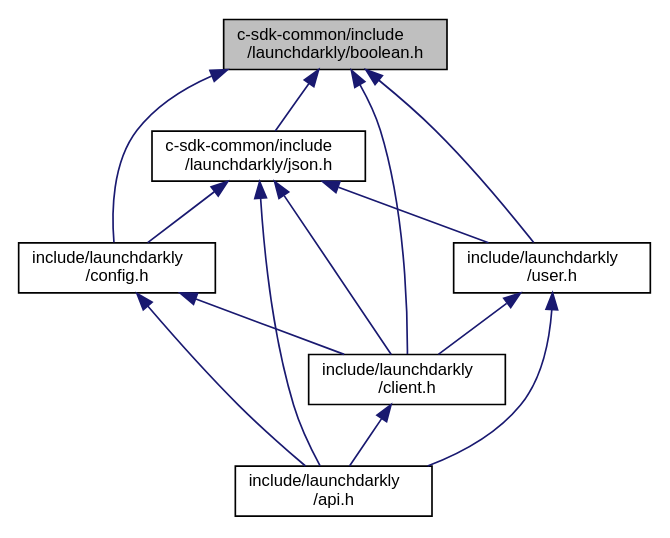
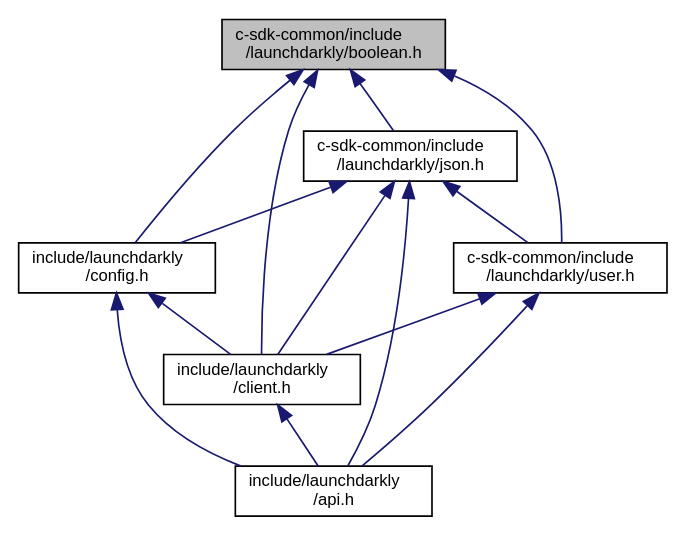
One commit to launchdarkly/c-client-sdk changed the diagram in boolean_8h__dep__incl.dot. Above: the diagram before and after it, drawn with Graphviz. The commit also changed 59 other files, not shown here.

```diff
--- a/boolean_8h__dep__incl.dot
+++ b/boolean_8h__dep__incl.dot
@@ -1,24 +1,24 @@
 digraph "c-sdk-common/include/launchdarkly/boolean.h"
 {
   edge [fontname="Helvetica",fontsize="10",labelfontname="Helvetica",labelfontsize="10"];
   node [fontname="Helvetica",fontsize="10",shape=record];
   Node1 [label="c-sdk-common/include\l/launchdarkly/boolean.h",height=0.2,width=0.4,color="black", fillcolor="grey75", style="filled", fontcolor="black"];
   Node1 -> Node2 [dir="back",color="midnightblue",fontsize="10",style="solid",fontname="Helvetica"];
-  Node2 [label="c-sdk-common/include\l/launchdarkly/json.h",height=0.2,width=0.4,color="black", fillcolor="white", style="filled",URL="$json_8h.html",tooltip="Public API Interface for JSON usage. "];
+  Node2 [label="include/launchdarkly\l/client.h",height=0.2,width=0.4,color="black", fillcolor="white", style="filled",URL="$client_8h.html",tooltip="Public Client control and variations. "];
   Node2 -> Node3 [dir="back",color="midnightblue",fontsize="10",style="solid",fontname="Helvetica"];
   Node3 [label="include/launchdarkly\l/api.h",height=0.2,width=0.4,color="black", fillcolor="white", style="filled",URL="$api_8h.html",tooltip="Public API. Include this for every public operation. "];
-  Node2 -> Node4 [dir="back",color="midnightblue",fontsize="10",style="solid",fontname="Helvetica"];
+  Node1 -> Node4 [dir="back",color="midnightblue",fontsize="10",style="solid",fontname="Helvetica"];
   Node4 [label="include/launchdarkly\l/config.h",height=0.2,width=0.4,color="black", fillcolor="white", style="filled",URL="$config_8h.html",tooltip="Public API Interface for Configuration. "];
+  Node4 -> Node2 [dir="back",color="midnightblue",fontsize="10",style="solid",fontname="Helvetica"];
   Node4 -> Node3 [dir="back",color="midnightblue",fontsize="10",style="solid",fontname="Helvetica"];
-  Node4 -> Node5 [dir="back",color="midnightblue",fontsize="10",style="solid",fontname="Helvetica"];
-  Node5 [label="include/launchdarkly\l/client.h",height=0.2,width=0.4,color="black", fillcolor="white", style="filled",URL="$client_8h.html",tooltip="Public Client control and variations. "];
+  Node1 -> Node5 [dir="back",color="midnightblue",fontsize="10",style="solid",fontname="Helvetica"];
+  Node5 [label="c-sdk-common/include\l/launchdarkly/json.h",height=0.2,width=0.4,color="black", fillcolor="white", style="filled",URL="$json_8h.html",tooltip="Public API Interface for JSON usage. "];
+  Node5 -> Node4 [dir="back",color="midnightblue",fontsize="10",style="solid",fontname="Helvetica"];
+  Node5 -> Node2 [dir="back",color="midnightblue",fontsize="10",style="solid",fontname="Helvetica"];
+  Node5 -> Node6 [dir="back",color="midnightblue",fontsize="10",style="solid",fontname="Helvetica"];
+  Node6 [label="c-sdk-common/include\l/launchdarkly/user.h",height=0.2,width=0.4,color="black", fillcolor="white", style="filled",URL="$user_8h.html",tooltip="Public API Interface for User construction. "];
+  Node6 -> Node2 [dir="back",color="midnightblue",fontsize="10",style="solid",fontname="Helvetica"];
+  Node6 -> Node3 [dir="back",color="midnightblue",fontsize="10",style="solid",fontname="Helvetica"];
   Node5 -> Node3 [dir="back",color="midnightblue",fontsize="10",style="solid",fontname="Helvetica"];
-  Node2 -> Node6 [dir="back",color="midnightblue",fontsize="10",style="solid",fontname="Helvetica"];
-  Node6 [label="include/launchdarkly\l/user.h",height=0.2,width=0.4,color="black", fillcolor="white", style="filled",URL="$user_8h.html",tooltip="Public API Interface for User construction. "];
-  Node6 -> Node3 [dir="back",color="midnightblue",fontsize="10",style="solid",fontname="Helvetica"];
-  Node6 -> Node5 [dir="back",color="midnightblue",fontsize="10",style="solid",fontname="Helvetica"];
-  Node2 -> Node5 [dir="back",color="midnightblue",fontsize="10",style="solid",fontname="Helvetica"];
-  Node1 -> Node4 [dir="back",color="midnightblue",fontsize="10",style="solid",fontname="Helvetica"];
   Node1 -> Node6 [dir="back",color="midnightblue",fontsize="10",style="solid",fontname="Helvetica"];
-  Node1 -> Node5 [dir="back",color="midnightblue",fontsize="10",style="solid",fontname="Helvetica"];
 }
```
